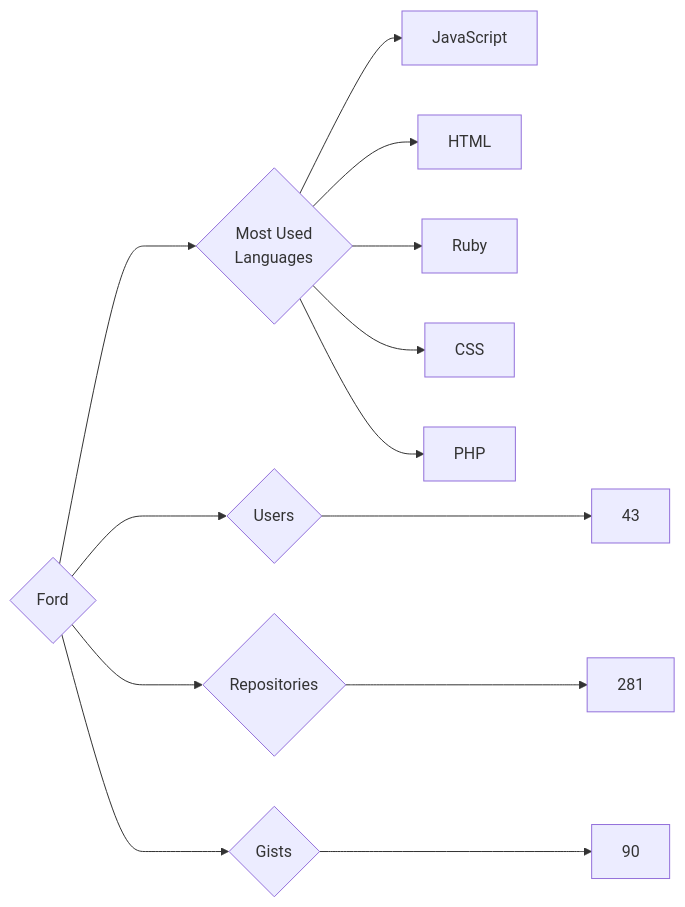
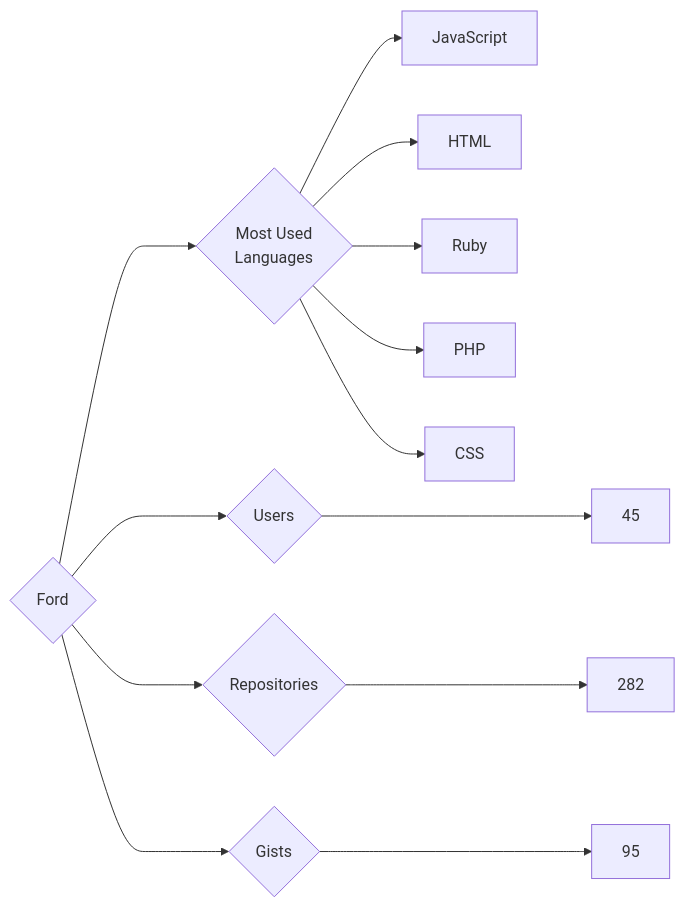
The diagram in targets/Ford/README.md (trickest/insiders), drawn with Mermaid before and after one commit. The commit also changed 900 other files, not shown here.

````diff
--- a/targets/Ford/README.md
+++ b/targets/Ford/README.md
@@ -3,13 +3,13 @@
 ```mermaid
 graph LR
 COMPANY_NAME{Ford}
-COMPANY_NAME ---> U{Users} ---> UN[43]
-COMPANY_NAME ---> R{Repositories} ---> RN[281]
-COMPANY_NAME ---> G{Gists} ---> GN[90]
+COMPANY_NAME ---> U{Users} ---> UN[45]
+COMPANY_NAME ---> R{Repositories} ---> RN[282]
+COMPANY_NAME ---> G{Gists} ---> GN[95]
 COMPANY_NAME ---> ML{Most Used<br>Languages}
 ML --> JavaScript[JavaScript]
 ML --> HTML[HTML]
 ML --> Ruby[Ruby]
+ML --> PHP[PHP]
 ML --> CSS[CSS]
-ML --> PHP[PHP]
 ```
````
